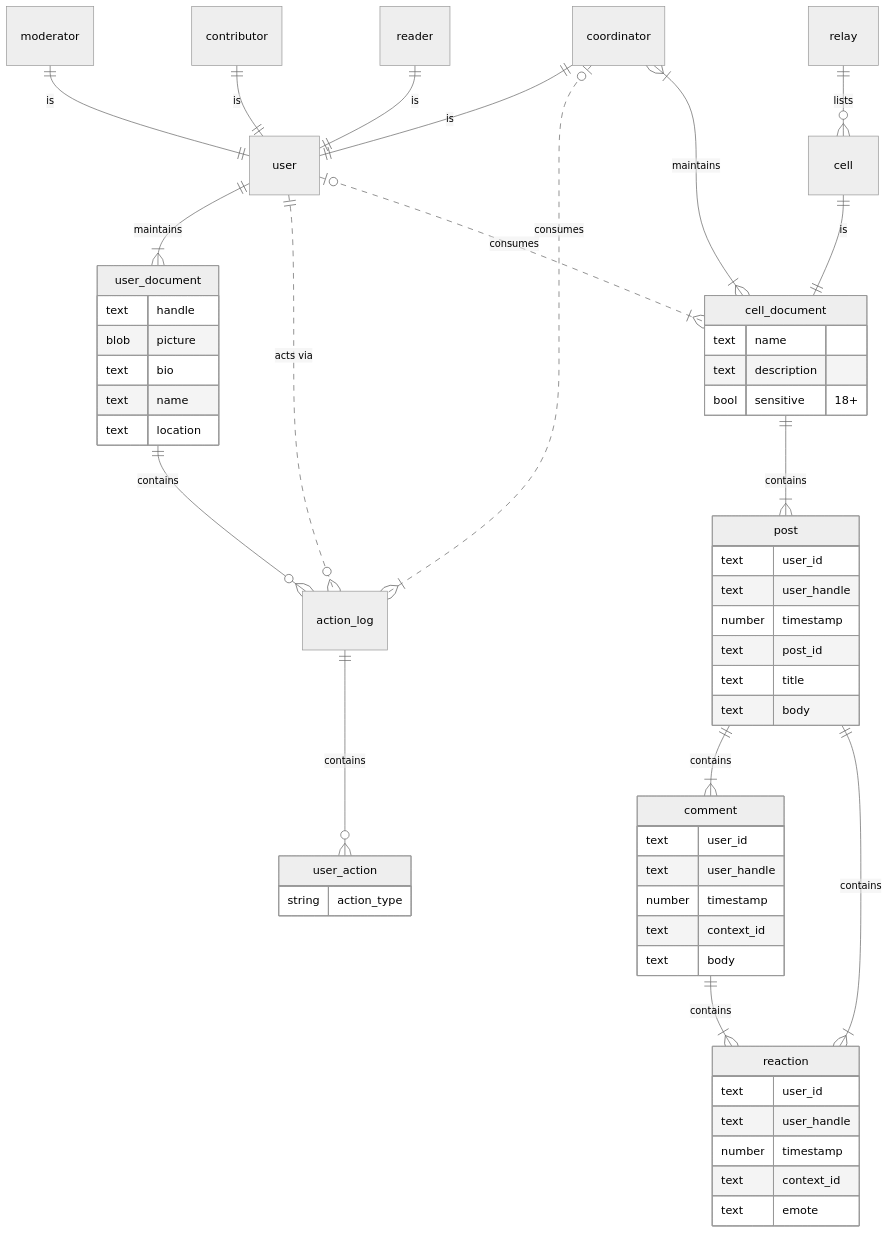
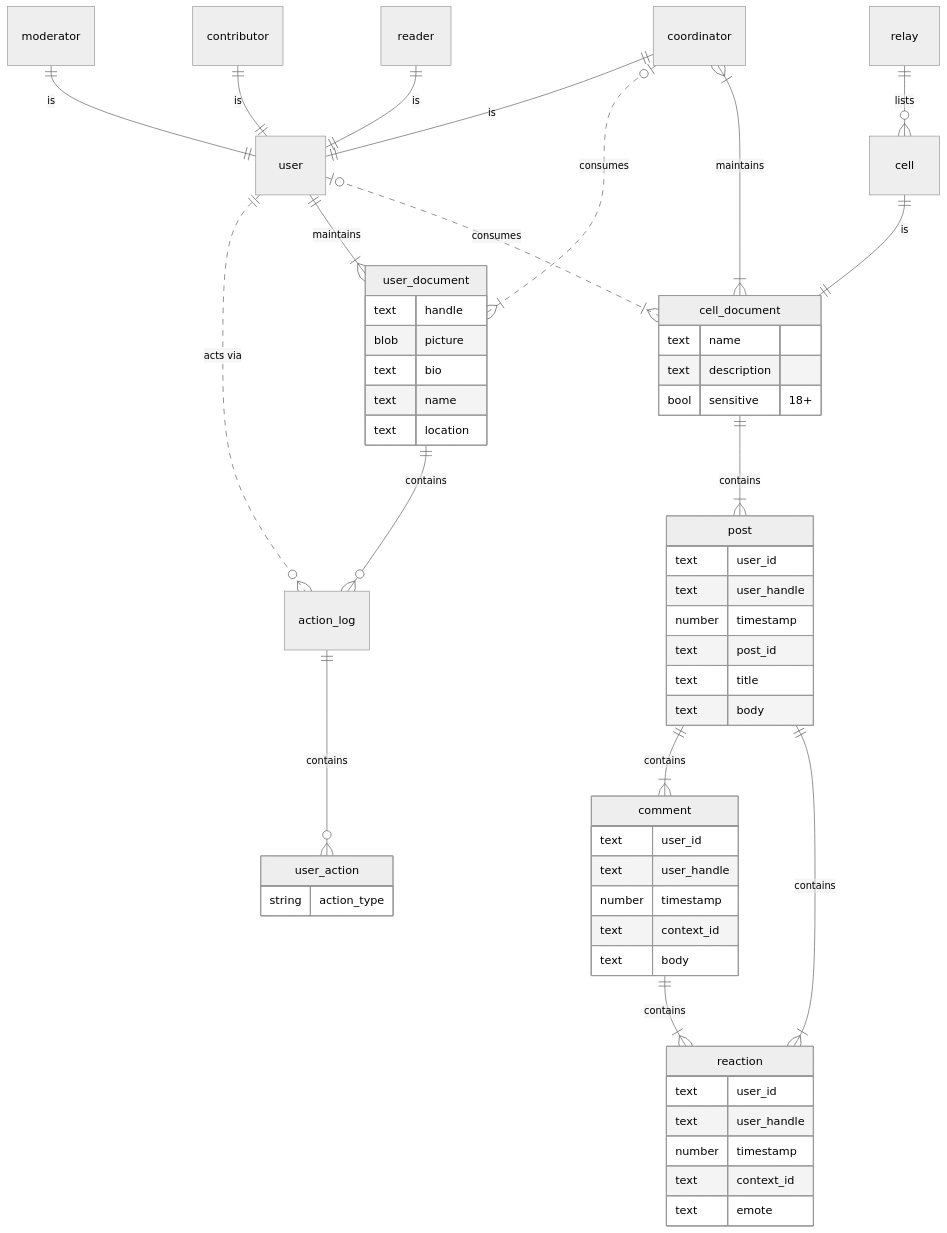
The diagram in index.md (SuddenlyHazel/spout_social), drawn with Mermaid (neutral theme) before and after one commit.

Commit message:
ERD update

````diff
--- a/index.md
+++ b/index.md
@@ -7,68 +7,68 @@
 ```mermaid
 erDiagram
     moderator ||--|| user : "is"
     contributor ||--|| user : "is"
     reader ||--|| user : "is"
     coordinator ||--|| user: "is"
-    coordinator |o..|{ action_log : "consumes"
+    coordinator |o..|{ user_document : "consumes"
 
     user_document{
         text handle
         blob picture
         text bio
         text name
         text location
     }
-    user ||--|{ user_document : "maintains"
 
 
     relay ||--o{ cell : "lists"
     coordinator }|--|{ cell_document : "maintains"
 
     user_action {
         string action_type
 
     }
 
     user ||..o{ action_log : "acts via"
     user_document ||--o{ action_log : "contains"
     action_log ||--o{ user_action : "contains"
     cell ||--|| cell_document : "is"
 
     cell_document{
         text name
         text description
         bool sensitive "18+"
     }
 
     post{
         text user_id
         text user_handle
         number timestamp
         text post_id
         text title
         text body
     }
 
     comment{
         text user_id
         text user_handle
         number timestamp
         text context_id
         text body
     }
+    user ||--|{ user_document : "maintains"
 
     reaction{
         text user_id
         text user_handle
         number timestamp
         text context_id
         text emote
     }
 
     cell_document ||--|{ post : "contains"
     post ||--|{ comment : "contains"
     comment ||--|{ reaction : "contains"
     post ||--|{ reaction : "contains"
     user |o..|{ cell_document : "consumes"
 ```
````
